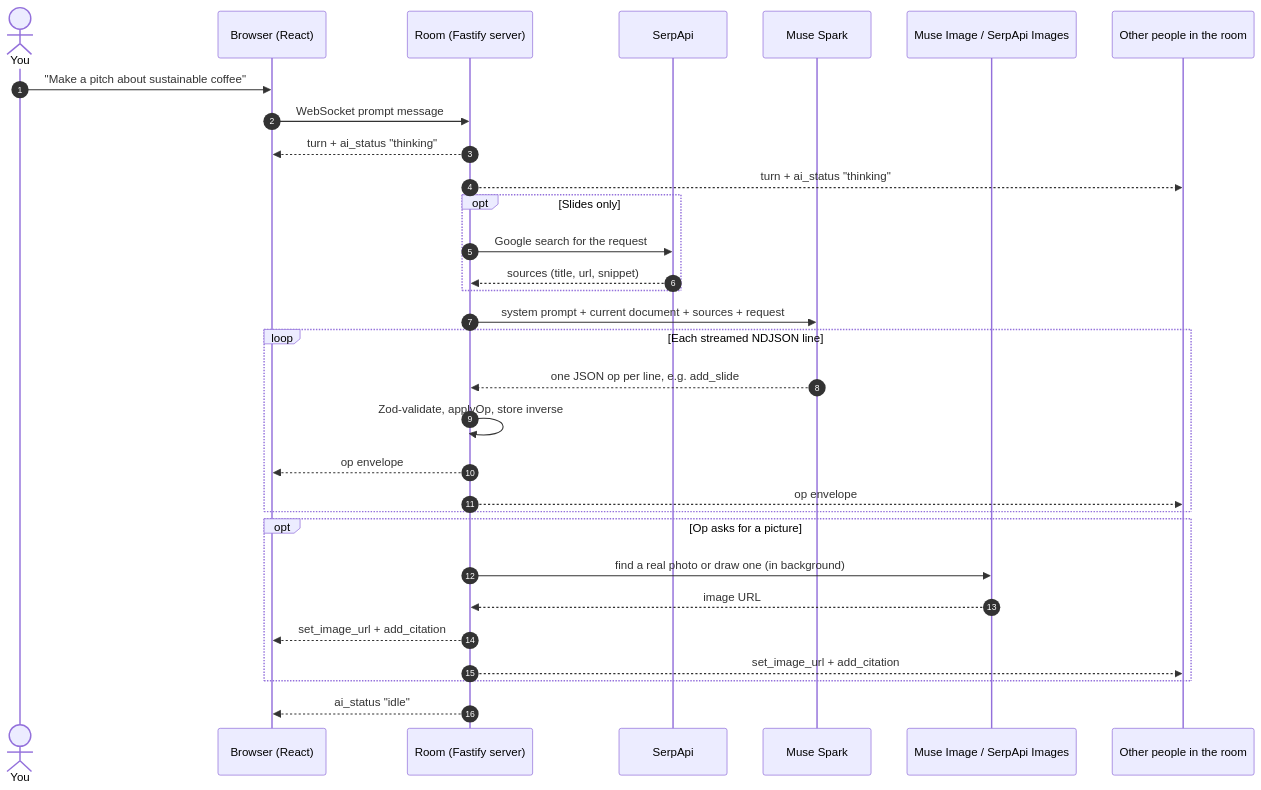
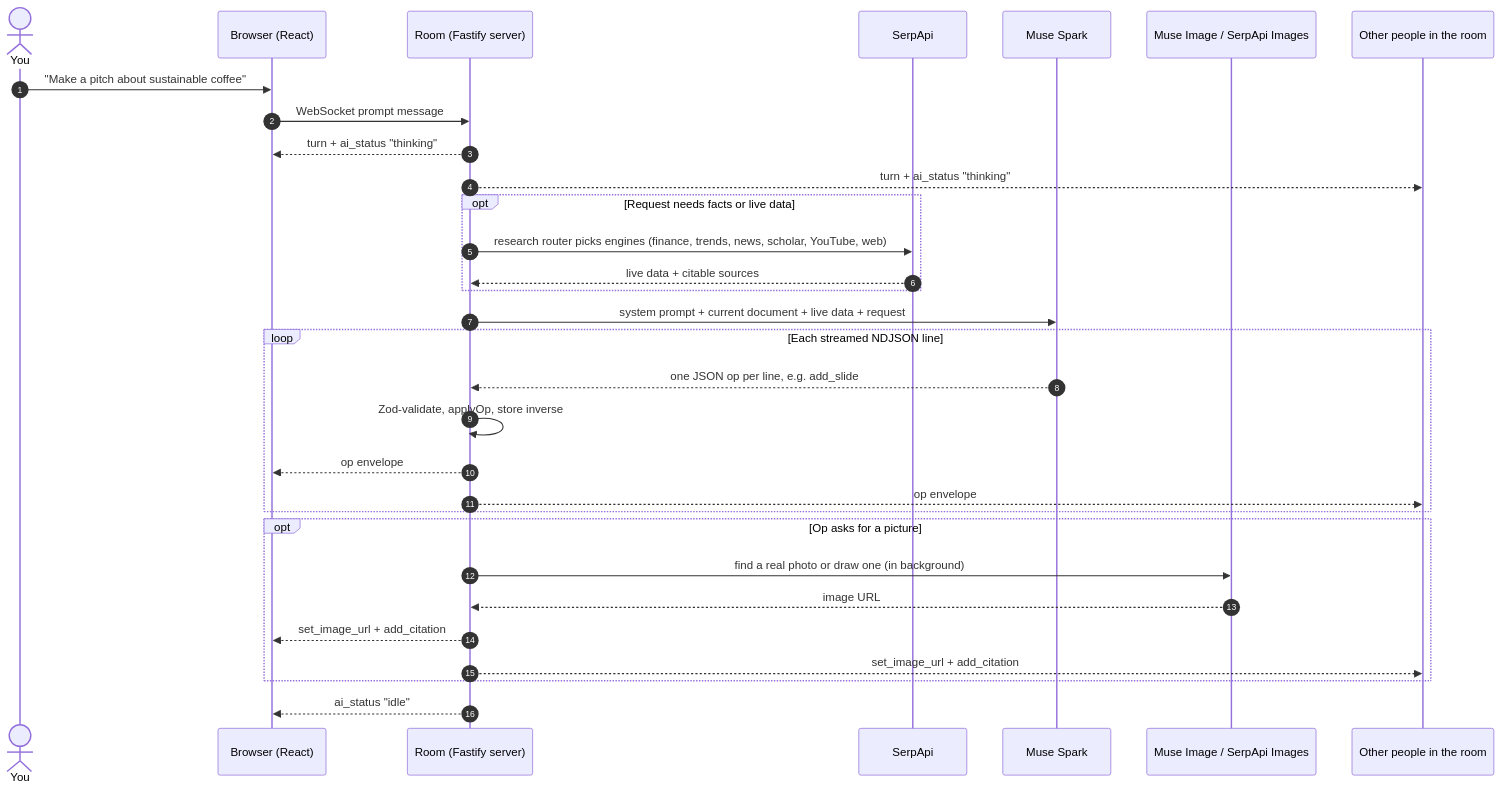
The first of 7 diagrams in README.md (VyomDW/HackTX26), drawn with Mermaid before and after one commit. The commit also changed other lines of this file and 2 other files, not shown here.

Commit message:
Update README for landing page, accounts, node cursor, call-only listen, research and Render deploy

````diff
--- a/README.md
+++ b/README.md
@@ -106,34 +111,34 @@
 ```mermaid
 sequenceDiagram
     autonumber
     actor U as You
     participant C as Browser (React)
     participant S as Room (Fastify server)
     participant SA as SerpApi
     participant M as Muse Spark
     participant I as Muse Image / SerpApi Images
     participant O as Other people in the room
 
     U->>C: "Make a pitch about sustainable coffee"
     C->>S: WebSocket prompt message
     S-->>C: turn + ai_status "thinking"
     S-->>O: turn + ai_status "thinking"
-    opt Slides only
-        S->>SA: Google search for the request
-        SA-->>S: sources (title, url, snippet)
+    opt Request needs facts or live data
+        S->>SA: research router picks engines (finance, trends, news, scholar, YouTube, web)
+        SA-->>S: live data + citable sources
     end
-    S->>M: system prompt + current document + sources + request
+    S->>M: system prompt + current document + live data + request
     loop Each streamed NDJSON line
         M-->>S: one JSON op per line, e.g. add_slide
         S->>S: Zod-validate, applyOp, store inverse
         S-->>C: op envelope
         S-->>O: op envelope
     end
     opt Op asks for a picture
         S->>I: find a real photo or draw one (in background)
         I-->>S: image URL
         S-->>C: set_image_url + add_citation
         S-->>O: set_image_url + add_citation
     end
     S-->>C: ai_status "idle"
 ```
````
